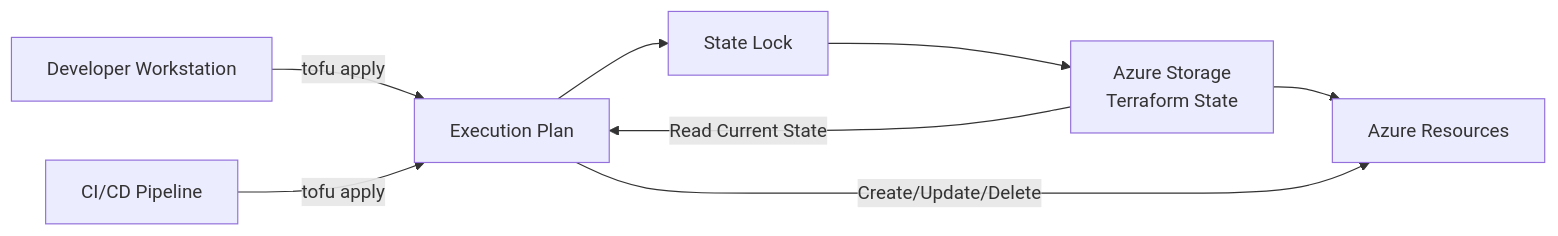
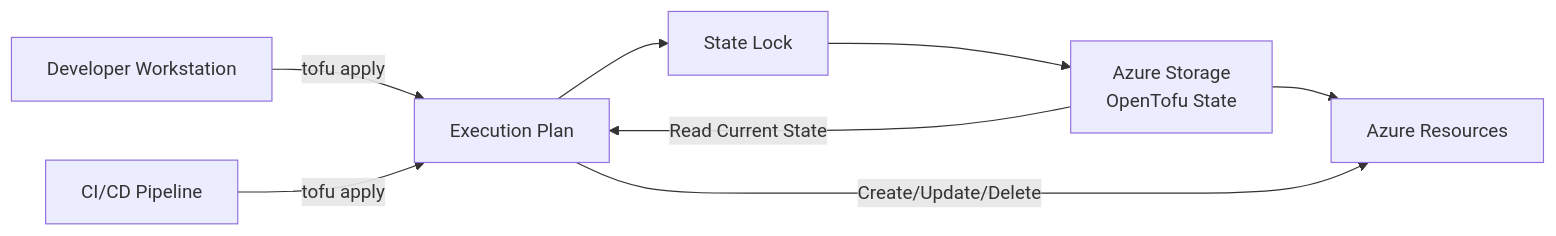
One commit to mph005/opentofu-azure changed the third of 6 diagrams in docs/diagrams/architecture-overview.md. Above: the diagram before and after it, drawn with Mermaid. The commit also changed other lines of this file and 13 other files, not shown here.

````diff
--- a/docs/diagrams/architecture-overview.md
+++ b/docs/diagrams/architecture-overview.md
@@ -74,12 +135,12 @@
 ```mermaid
 graph LR
     DEV[Developer Workstation] --> |tofu apply| PLAN[Execution Plan]
     CICD[CI/CD Pipeline] --> |tofu apply| PLAN
     
     PLAN --> LOCK[State Lock]
-    LOCK --> STATE[Azure Storage<br/>Terraform State]
+    LOCK --> STATE[Azure Storage<br/>OpenTofu State]
     STATE --> |Read Current State| PLAN
     
     STATE --> AZURE[Azure Resources]
     PLAN --> |Create/Update/Delete| AZURE
 ```
````
